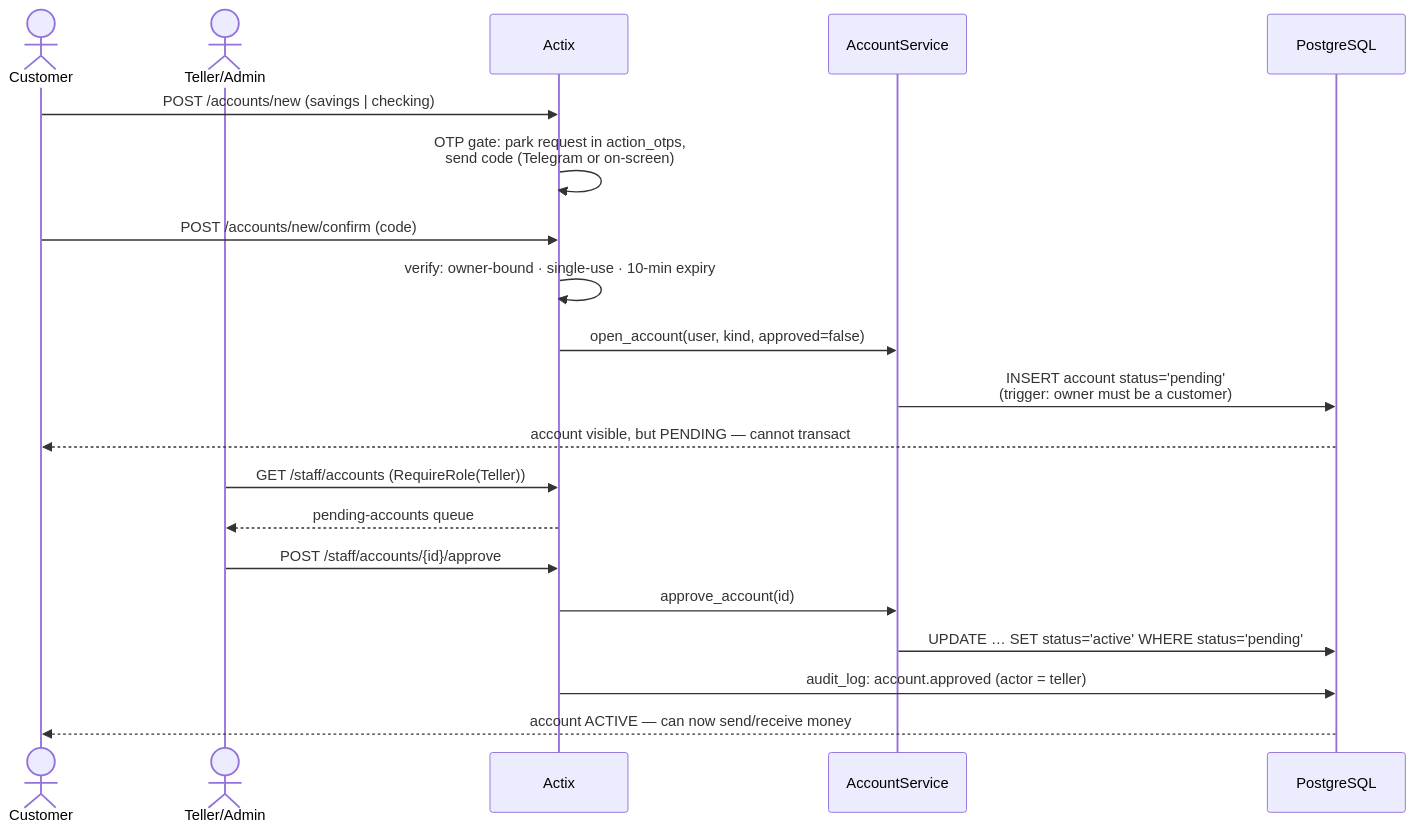
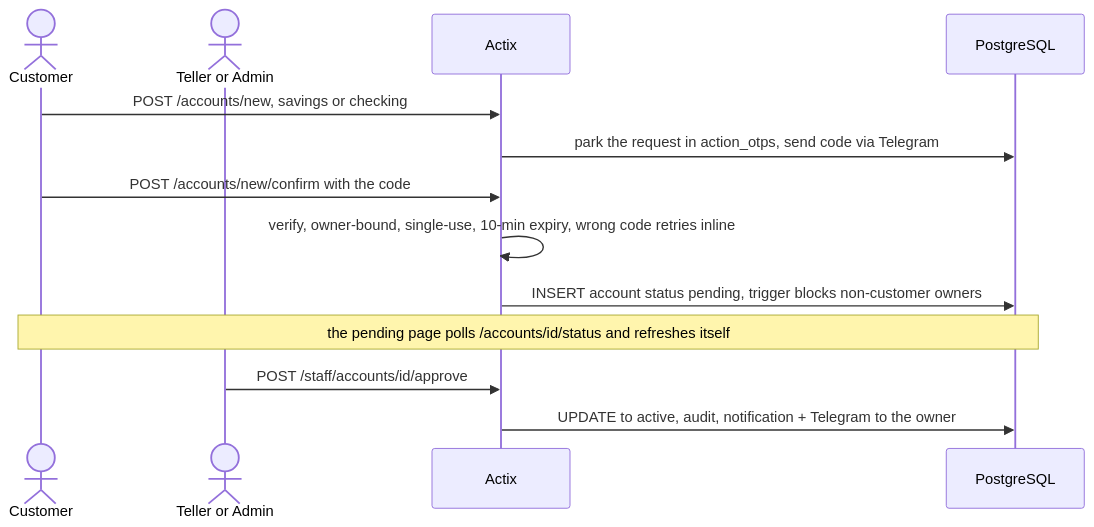
Before and after one commit to cthyuiii/FerroBank: the third of 14 diagrams in docs/FLOWS.md, drawn with Mermaid. The commit also changed other lines of this file and 61 other files, not shown here.

````diff
--- a/docs/FLOWS.md
+++ b/docs/FLOWS.md
@@ -77,24 +80,16 @@
 ```mermaid
 sequenceDiagram
     actor C as Customer
-    actor T as Teller/Admin
+    actor T as Teller or Admin
     participant A as Actix
-    participant S as AccountService
     participant P as PostgreSQL
 
-    C->>A: POST /accounts/new (savings | checking)
-    A->>A: OTP gate: park request in action_otps,<br/>send code (Telegram or on-screen)
-    C->>A: POST /accounts/new/confirm (code)
-    A->>A: verify: owner-bound · single-use · 10-min expiry
-    A->>S: open_account(user, kind, approved=false)
-    S->>P: INSERT account status='pending'<br/>(trigger: owner must be a customer)
-    P-->>C: account visible, but PENDING — cannot transact
-
-    T->>A: GET /staff/accounts (RequireRole(Teller))
-    A-->>T: pending-accounts queue
-    T->>A: POST /staff/accounts/{id}/approve
-    A->>S: approve_account(id)
-    S->>P: UPDATE … SET status='active' WHERE status='pending'
-    A->>P: audit_log: account.approved (actor = teller)
-    P-->>C: account ACTIVE — can now send/receive money
+    C->>A: POST /accounts/new, savings or checking
+    A->>P: park the request in action_otps, send code via Telegram
+    C->>A: POST /accounts/new/confirm with the code
+    A->>A: verify, owner-bound, single-use, 10-min expiry, wrong code retries inline
+    A->>P: INSERT account status pending, trigger blocks non-customer owners
+    Note over C,P: the pending page polls /accounts/id/status and refreshes itself
+    T->>A: POST /staff/accounts/id/approve
+    A->>P: UPDATE to active, audit, notification + Telegram to the owner
 ```
````
